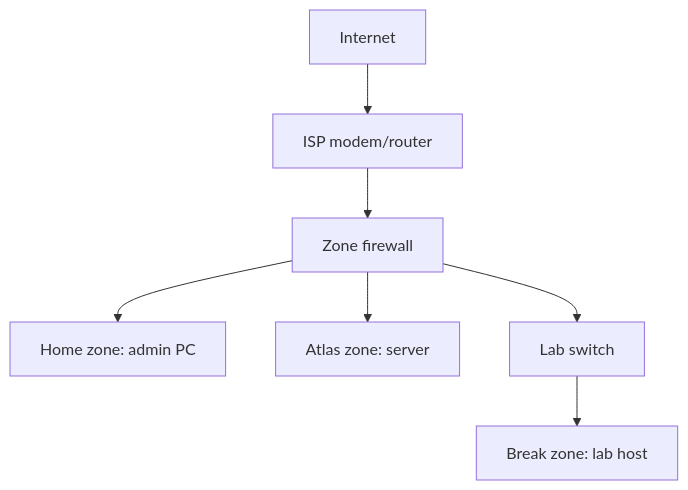
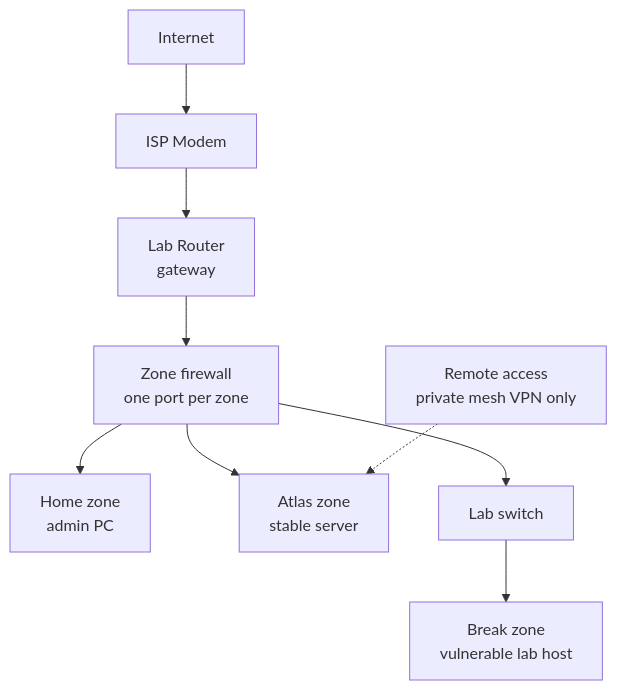
Before and after one commit to ralph-uy-aes/janus-lab: the diagram in diagrams/target-design.mmd, drawn with Mermaid. The commit also changed 6 other files, not shown here.

```diff
--- a/diagrams/target-design.mmd
+++ b/diagrams/target-design.mmd
@@ -1,7 +1,9 @@
 flowchart TD
-    NET[Internet] --> GW["ISP modem/router"]
-    GW --> FW["Zone firewall"]
-    FW --> HOME["Home zone: admin PC"]
-    FW --> ATLAS["Atlas zone: server"]
+    NET[Internet] --> MODEM["ISP Modem"]
+    MODEM --> ROUTER["Lab Router<br/>gateway"]
+    ROUTER --> FW["Zone firewall<br/>one port per zone"]
+    FW --> HOME["Home zone<br/>admin PC"]
+    FW --> ATLAS["Atlas zone<br/>stable server"]
     FW --> SW["Lab switch"]
-    SW --> BREAK["Break zone: lab host"]
+    SW --> BREAK["Break zone<br/>vulnerable lab host"]
+    REMOTE["Remote access<br/>private mesh VPN only"] -.-> ATLAS
```
